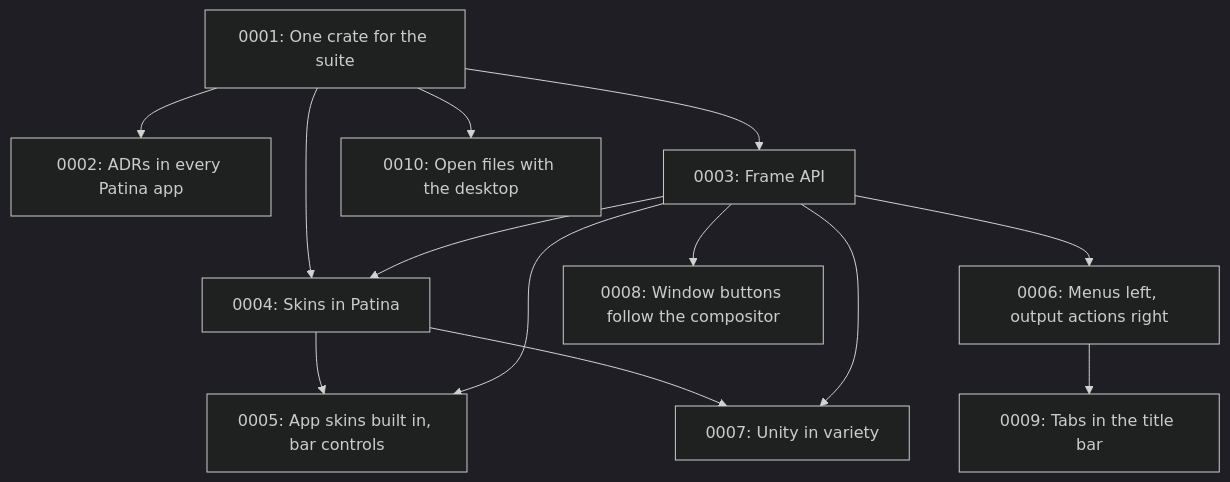
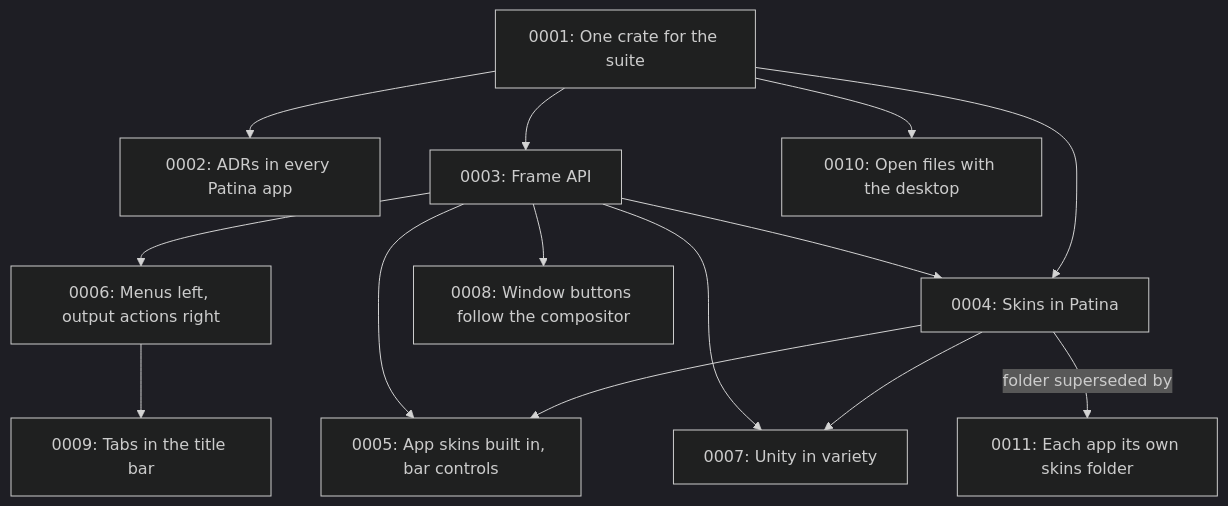
The diagram in docs/adr/README.md (Sector-F-Labs/patina), drawn with Mermaid (dark theme) before and after one commit. The commit also changed other lines of this file and 8 other files, not shown here.

Commit message:
Each app keeps its own skins folder, skin::app_dir (ADR-0011)

````diff
--- a/docs/adr/README.md
+++ b/docs/adr/README.md
@@ -58,15 +59,16 @@
 ```mermaid
 flowchart TD
     A[0001: One crate for the suite] --> B[0002: ADRs in every Patina app]
     A --> C[0003: Frame API]
     A --> D[0004: Skins in Patina]
     C --> D
     D --> E[0005: App skins built in, bar controls]
     C --> F[0006: Menus left, output actions right]
     C --> E
     D --> G[0007: Unity in variety]
     C --> G
     C --> H[0008: Window buttons follow the compositor]
     F --> I[0009: Tabs in the title bar]
     A --> J[0010: Open files with the desktop]
+    D -->|folder superseded by| K[0011: Each app its own skins folder]
 ```
````
